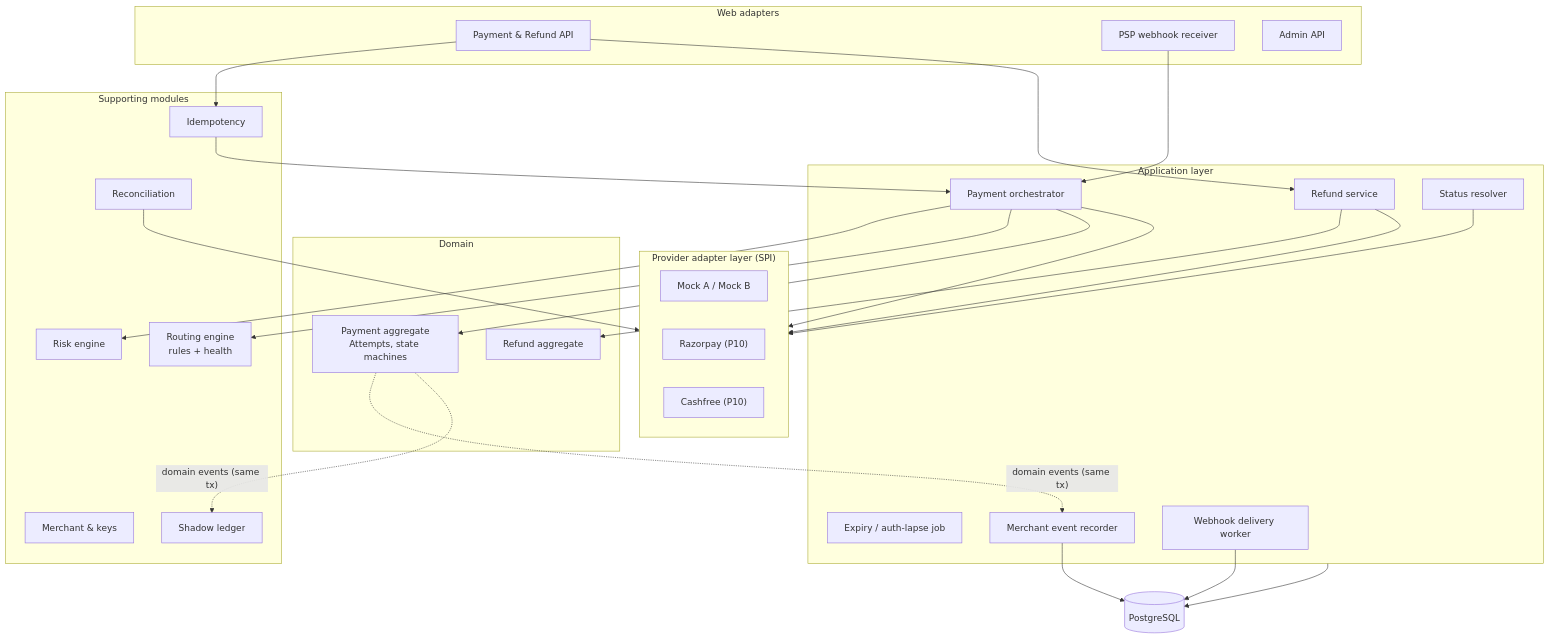
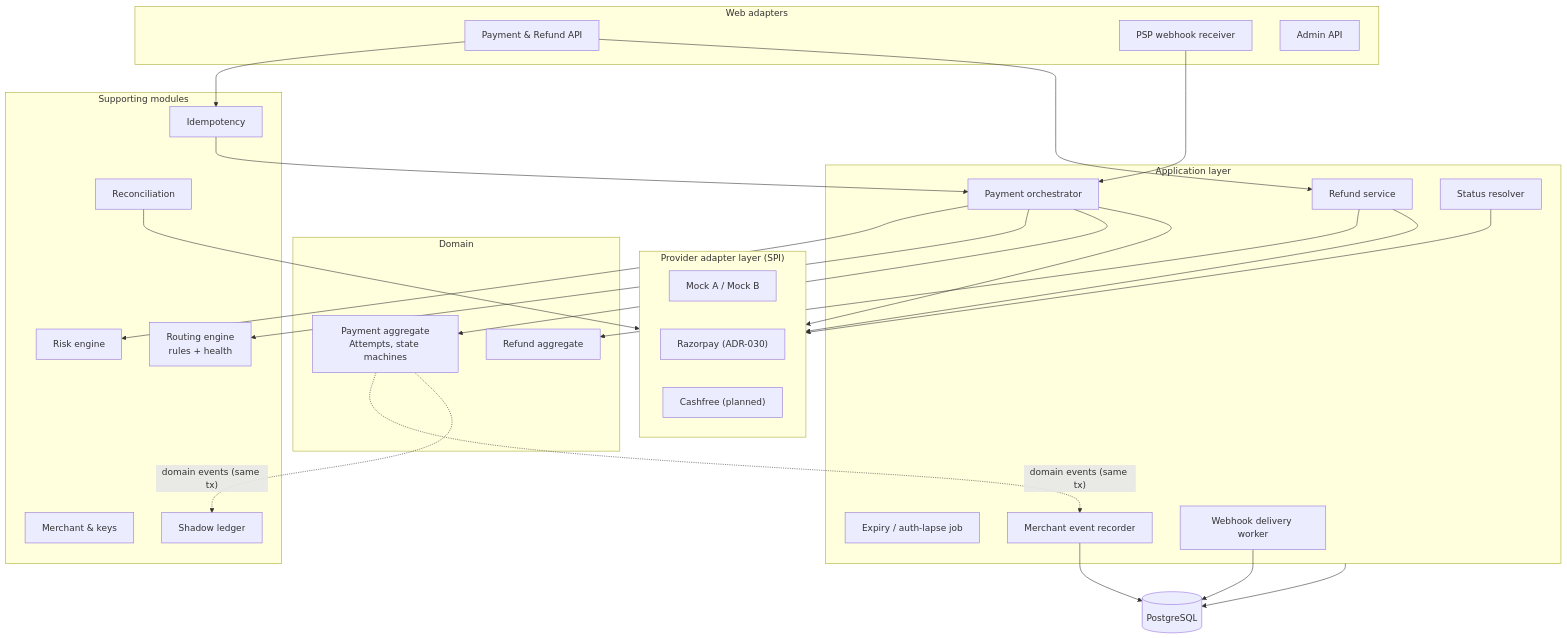
Before and after one commit to Deepika-1201/Payment-Orchestrator: the second of 12 diagrams in docs/architecture.md, drawn with Mermaid. The commit also changed other lines of this file and 19 other files, not shown here.

Commit message:
Razorpay adapter: hosted Payment Links and S2S UPI, timeout recovery by our ids, signed per-account webhooks, key-mode and API URL guards (ADR-030)

````diff
--- a/docs/architecture.md
+++ b/docs/architecture.md
@@ -58,51 +58,51 @@
 ```mermaid
 flowchart TB
     subgraph web["Web adapters"]
         PaymentAPI["Payment & Refund API"]
         WebhookIn["PSP webhook receiver"]
         AdminAPI["Admin API"]
     end
     subgraph app["Application layer"]
         Orchestrator["Payment orchestrator"]
         RefundSvc["Refund service"]
         Resolver["Status resolver"]
         Expiry["Expiry / auth-lapse job"]
         EventRec["Merchant event recorder"]
         Delivery["Webhook delivery worker"]
     end
     subgraph domain["Domain"]
         Payment["Payment aggregate<br/>Attempts, state machines"]
         Refund["Refund aggregate"]
     end
     subgraph support["Supporting modules"]
         Idem["Idempotency"]
         Risk["Risk engine"]
         Routing["Routing engine<br/>rules + health"]
         Merchant["Merchant & keys"]
         Ledger["Shadow ledger"]
         Recon["Reconciliation"]
     end
     subgraph providers["Provider adapter layer (SPI)"]
         Mock["Mock A / Mock B"]
-        Razorpay["Razorpay (P10)"]
-        Cashfree["Cashfree (P10)"]
+        Razorpay["Razorpay (ADR-030)"]
+        Cashfree["Cashfree (planned)"]
     end
     DB[("PostgreSQL")]
 
     PaymentAPI --> Idem --> Orchestrator
     PaymentAPI --> RefundSvc
     WebhookIn --> Orchestrator
     Orchestrator --> Risk
     Orchestrator --> Routing
     Orchestrator --> Payment
     RefundSvc --> Refund
     Orchestrator --> providers
     RefundSvc --> providers
     Resolver --> providers
     Payment -. "domain events (same tx)" .-> EventRec
     Payment -. "domain events (same tx)" .-> Ledger
     EventRec --> DB
     Delivery --> DB
     app --> DB
     Recon --> providers
 ```
````
